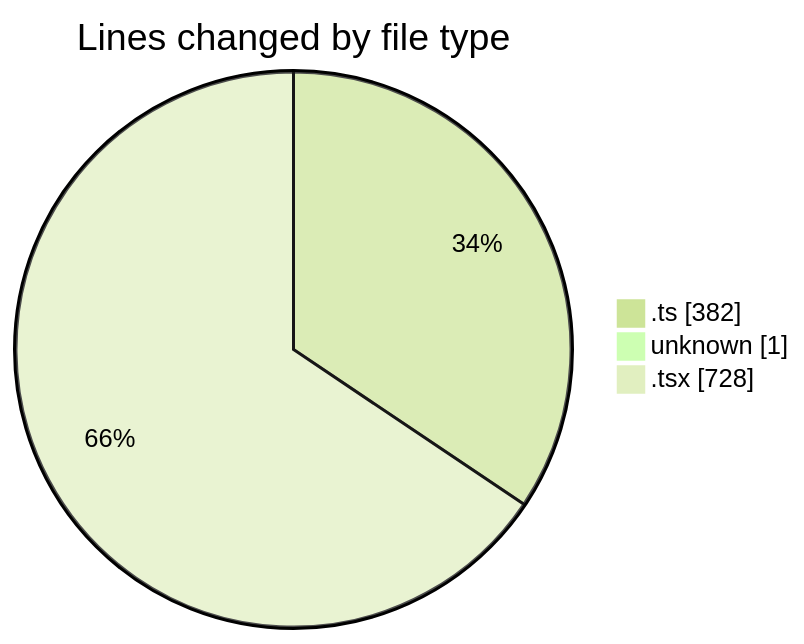
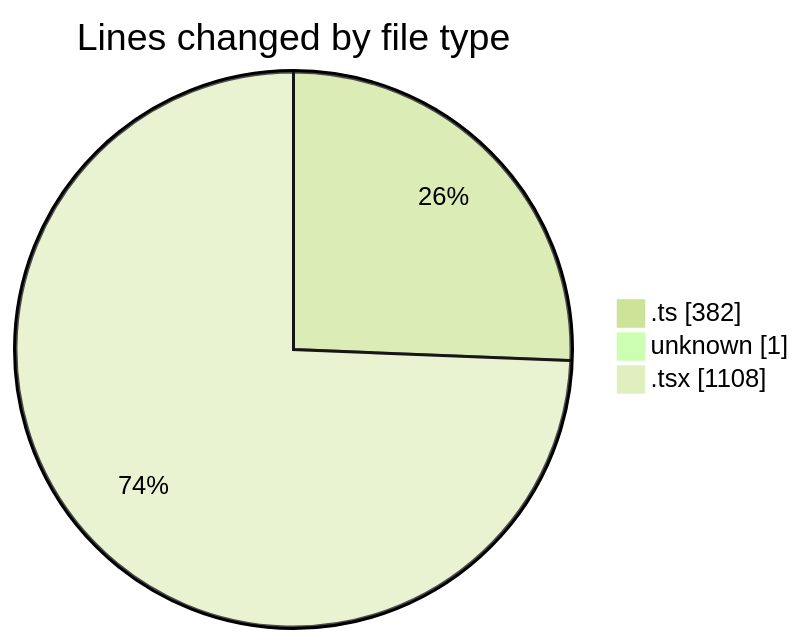
The first of 2 diagrams in 2025-02-17/mbc-web/README.md (robertbonfada/code-tracking), drawn with Mermaid (forest theme) before and after one commit. The commit also changed other lines of this file and 1 other file, not shown here.

````diff
--- a/2025-02-17/mbc-web/README.md
+++ b/2025-02-17/mbc-web/README.md
@@ -26,7 +27,7 @@
 ```mermaid
 pie showData
 title Lines changed by file type
 ".ts" : 382
 "unknown" : 1
-".tsx" : 728
+".tsx" : 1108
 ```
````
